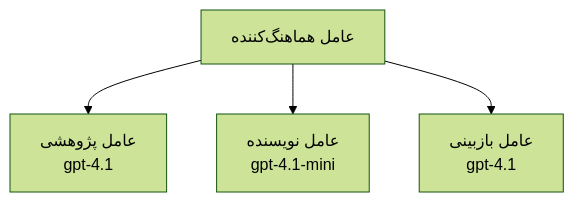
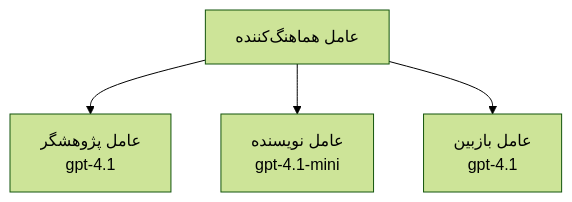
Before and after one commit to microsoft/AZD-for-beginners: the third of 3 diagrams in translations/fa/docs/chapter-02-ai-development/agents.md, drawn with Mermaid (forest theme). The commit also changed other lines of this file and 104 other files, not shown here.

````diff
--- a/translations/fa/docs/chapter-02-ai-development/agents.md
+++ b/translations/fa/docs/chapter-02-ai-development/agents.md
@@ -194,6 +201,6 @@
 ```mermaid
 graph TD
-    Orchestrator[عامل هماهنگ‌کننده] --> Research[عامل پژوهشی<br/>gpt-4.1]
+    Orchestrator[عامل هماهنگ‌کننده] --> Research[عامل پژوهشگر<br/>gpt-4.1]
     Orchestrator --> Writer[عامل نویسنده<br/>gpt-4.1-mini]
-    Orchestrator --> Reviewer[عامل بازبینی<br/>gpt-4.1]
+    Orchestrator --> Reviewer[عامل بازبین<br/>gpt-4.1]
 ```
````
